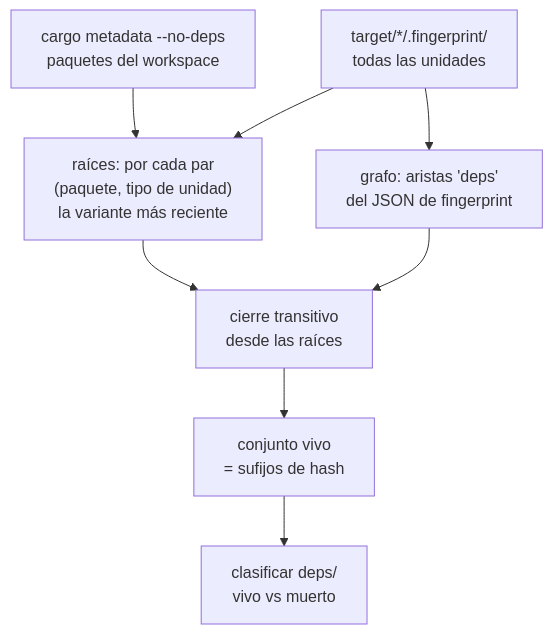
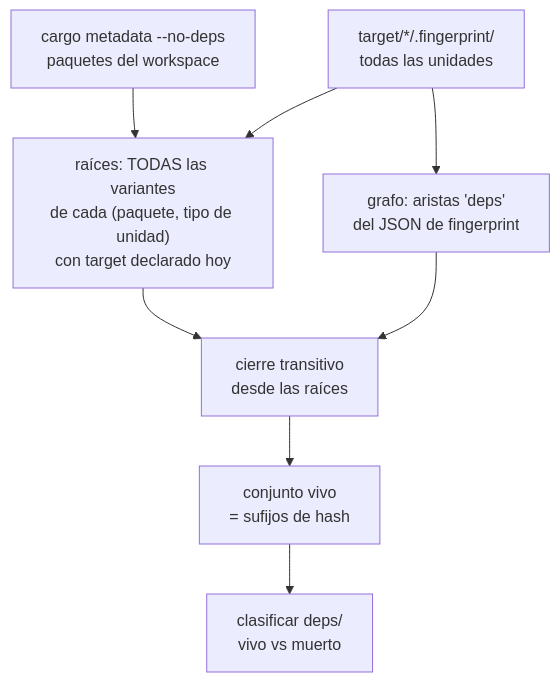
Before and after one commit to rvielma/cargo-reap: the diagram in README.md, drawn with Mermaid. The commit also changed other lines of this file and 2 other files, not shown here.

First line of the commit message:
fix: no elegir las raices por fecha, que barria configuraciones vivas

````diff
--- a/README.md
+++ b/README.md
@@ -60,10 +83,10 @@
 ```mermaid
 flowchart TD
     A["cargo metadata --no-deps<br/>paquetes del workspace"] --> B
     C["target/*/.fingerprint/<br/>todas las unidades"] --> B
-    B["raíces: por cada par<br/>(paquete, tipo de unidad)<br/>la variante más reciente"] --> D
+    B["raíces: TODAS las variantes<br/>de cada (paquete, tipo de unidad)<br/>con target declarado hoy"] --> D
     C --> E["grafo: aristas 'deps'<br/>del JSON de fingerprint"]
     E --> D["cierre transitivo<br/>desde las raíces"]
     D --> F["conjunto vivo<br/>= sufijos de hash"]
     F --> G["clasificar deps/<br/>vivo vs muerto"]
 ```
````
